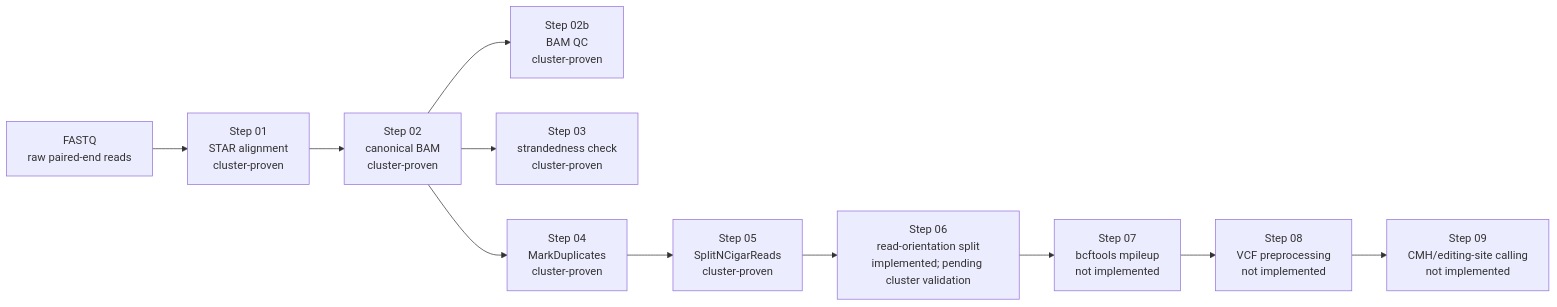
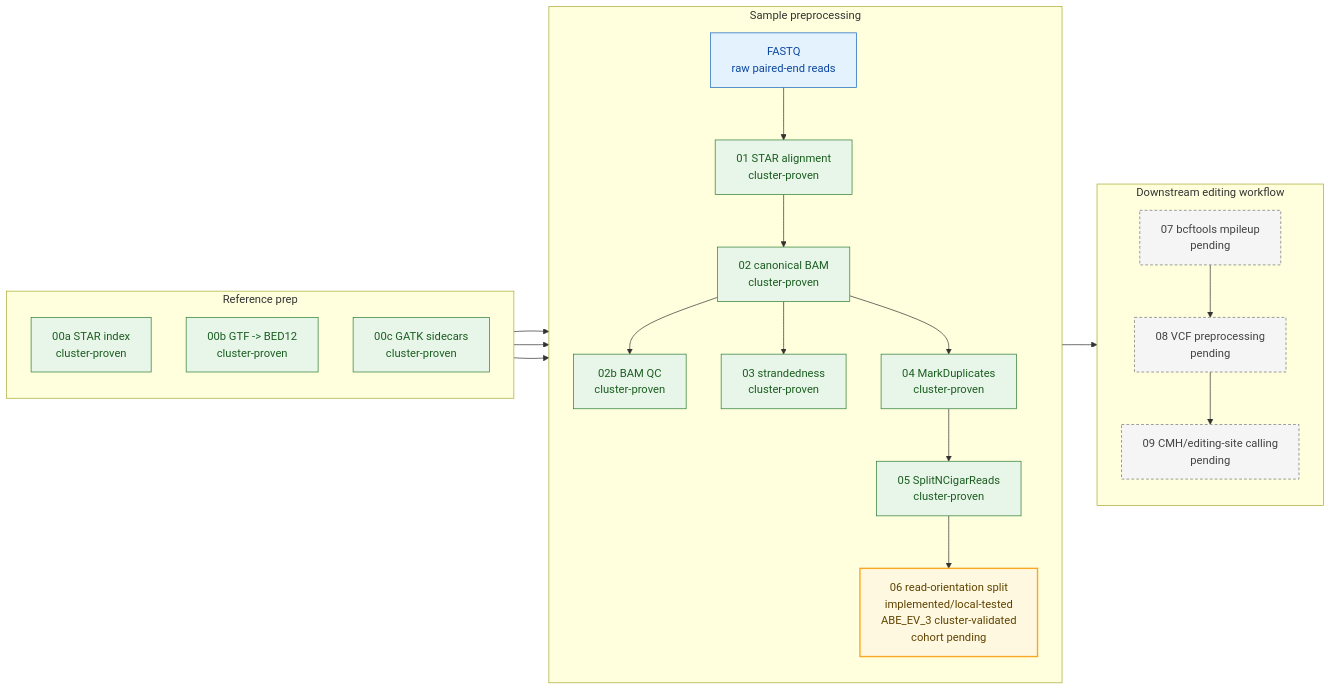
The first of 2 diagrams in docs/ARCHITECTURE.md (lab-cats/EMRYS), drawn with Mermaid before and after one commit. The commit also changed other lines of this file and 5 other files, not shown here.

Commit message:
better diagrams

````diff
--- a/docs/ARCHITECTURE.md
+++ b/docs/ARCHITECTURE.md
@@ -21,19 +21,46 @@
 ```mermaid
 flowchart LR
-    fastq["FASTQ<br/>raw paired-end reads"]
-    star["Step 01<br/>STAR alignment<br/>cluster-proven"]
-    bam["Step 02<br/>canonical BAM<br/>cluster-proven"]
-    bamqc["Step 02b<br/>BAM QC<br/>cluster-proven"]
-    stranded["Step 03<br/>strandedness check<br/>cluster-proven"]
-    markdup["Step 04<br/>MarkDuplicates<br/>cluster-proven"]
-    splitncigar["Step 05<br/>SplitNCigarReads<br/>cluster-proven"]
-    orient["Step 06<br/>read-orientation split<br/>implemented; pending cluster validation"]
-    mpileup["Step 07<br/>bcftools mpileup<br/>not implemented"]
-    vcf["Step 08<br/>VCF preprocessing<br/>not implemented"]
-    cmh["Step 09<br/>CMH/editing-site calling<br/>not implemented"]
+    classDef proven fill:#e8f5e9,stroke:#2e7d32,color:#1b5e20
+    classDef boundary fill:#fff8e1,stroke:#f9a825,color:#5f4300,stroke-width:2px
+    classDef pending fill:#f5f5f5,stroke:#757575,color:#424242,stroke-dasharray:4 3
+    classDef input fill:#e3f2fd,stroke:#1565c0,color:#0d47a1
 
-    fastq --> star --> bam
-    bam --> bamqc
-    bam --> stranded
-    bam --> markdup --> splitncigar --> orient --> mpileup --> vcf --> cmh
+    subgraph ref["Reference prep"]
+        direction TB
+        s00a["00a STAR index<br/>cluster-proven"]
+        s00b["00b GTF -> BED12<br/>cluster-proven"]
+        s00c["00c GATK sidecars<br/>cluster-proven"]
+    end
+
+    subgraph sample["Sample preprocessing"]
+        direction TB
+        fastq["FASTQ<br/>raw paired-end reads"]
+        s01["01 STAR alignment<br/>cluster-proven"]
+        s02["02 canonical BAM<br/>cluster-proven"]
+        s02b["02b BAM QC<br/>cluster-proven"]
+        s03["03 strandedness<br/>cluster-proven"]
+        s04["04 MarkDuplicates<br/>cluster-proven"]
+        s05["05 SplitNCigarReads<br/>cluster-proven"]
+        s06["06 read-orientation split<br/>implemented/local-tested<br/>ABE_EV_3 cluster-validated<br/>cohort pending"]
+    end
+
+    subgraph downstream["Downstream editing workflow"]
+        direction TB
+        s07["07 bcftools mpileup<br/>pending"]
+        s08["08 VCF preprocessing<br/>pending"]
+        s09["09 CMH/editing-site calling<br/>pending"]
+    end
+
+    fastq --> s01 --> s02
+    s00a --> s01
+    s00b --> s03
+    s00c --> s05
+    s02 --> s02b
+    s02 --> s03
+    s02 --> s04 --> s05 --> s06 --> s07 --> s08 --> s09
+
+    class fastq input
+    class s00a,s00b,s00c,s01,s02,s02b,s03,s04,s05 proven
+    class s06 boundary
+    class s07,s08,s09 pending
 ```
````
